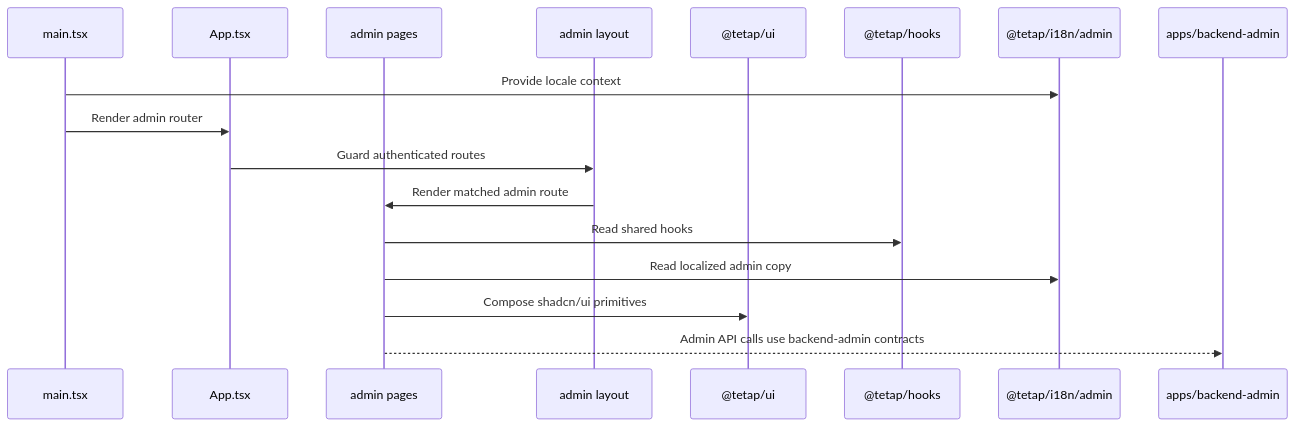
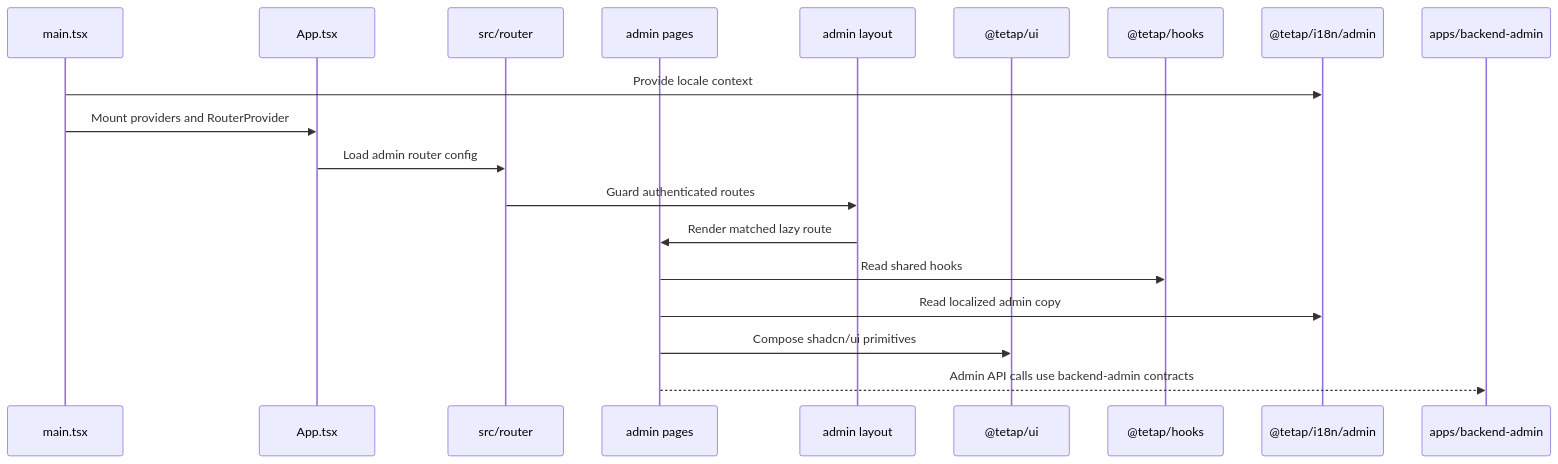
Before and after one commit to tetap/tetap-agent-template: the diagram in docs/Logical Architecture Diagram/apps-web-admin.md, drawn with Mermaid. The commit also changed other lines of this file and 8 other files, not shown here.

Commit message:
perf(web-admin): split route chunks

````diff
--- a/docs/Logical Architecture Diagram/apps-web-admin.md
+++ b/docs/Logical Architecture Diagram/apps-web-admin.md
@@ -45,20 +46,22 @@
 ```mermaid
 sequenceDiagram
   participant Main as main.tsx
   participant App as App.tsx
+  participant Router as src/router
   participant Page as admin pages
   participant Layout as admin layout
   participant UI as @tetap/ui
   participant Hooks as @tetap/hooks
   participant I18n as @tetap/i18n/admin
   participant AdminApi as apps/backend-admin
 
   Main->>I18n: Provide locale context
-  Main->>App: Render admin router
-  App->>Layout: Guard authenticated routes
-  Layout->>Page: Render matched admin route
+  Main->>App: Mount providers and RouterProvider
+  App->>Router: Load admin router config
+  Router->>Layout: Guard authenticated routes
+  Layout->>Page: Render matched lazy route
   Page->>Hooks: Read shared hooks
   Page->>I18n: Read localized admin copy
   Page->>UI: Compose shadcn/ui primitives
   Page-->>AdminApi: Admin API calls use backend-admin contracts
 ```
````
